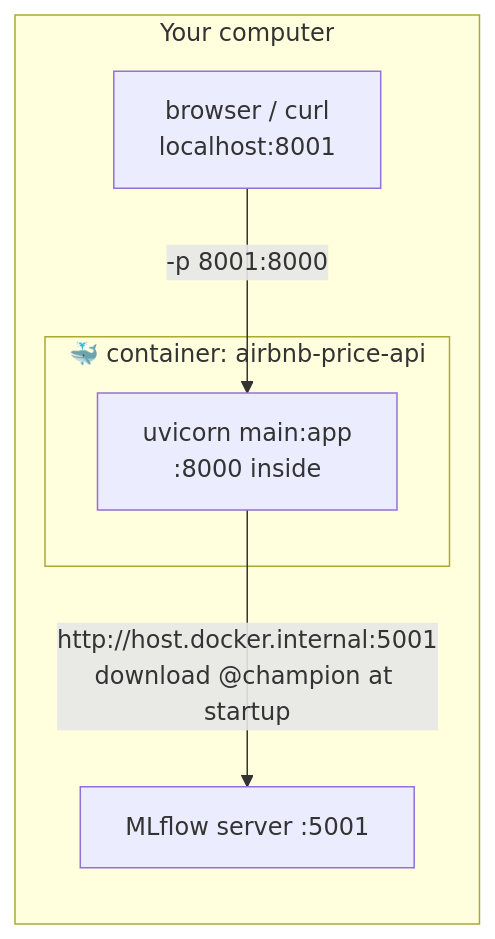
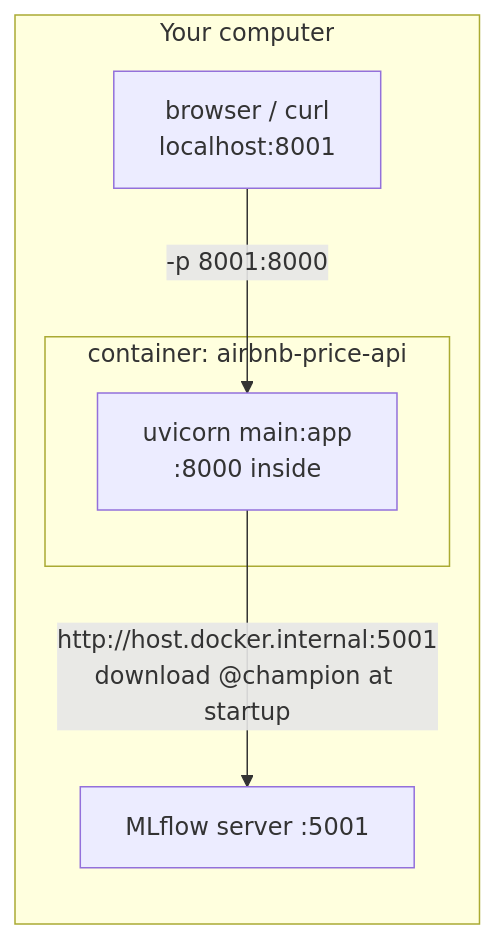
Before and after one commit to shikharkumar13/-NYC-Airbnb-Price-Prediction-MLOps: the first of 2 diagrams in docs/guide/05_packaging.md, drawn with Mermaid. The commit also changed other lines of this file and 15 other files, not shown here.

````diff
--- a/docs/guide/05_packaging.md
+++ b/docs/guide/05_packaging.md
@@ -27,12 +27,12 @@
 ```mermaid
 flowchart LR
     subgraph mac ["Your computer"]
-        subgraph c ["🐳 container: airbnb-price-api"]
+        subgraph c ["container: airbnb-price-api"]
             API["uvicorn main:app\n:8000 inside"]
         end
         MLF["MLflow server :5001"]
         B["browser / curl\nlocalhost:8001"]
     end
     B -- "-p 8001:8000" --> API
     API -- "http://host.docker.internal:5001\ndownload @champion at startup" --> MLF
 ```
````
